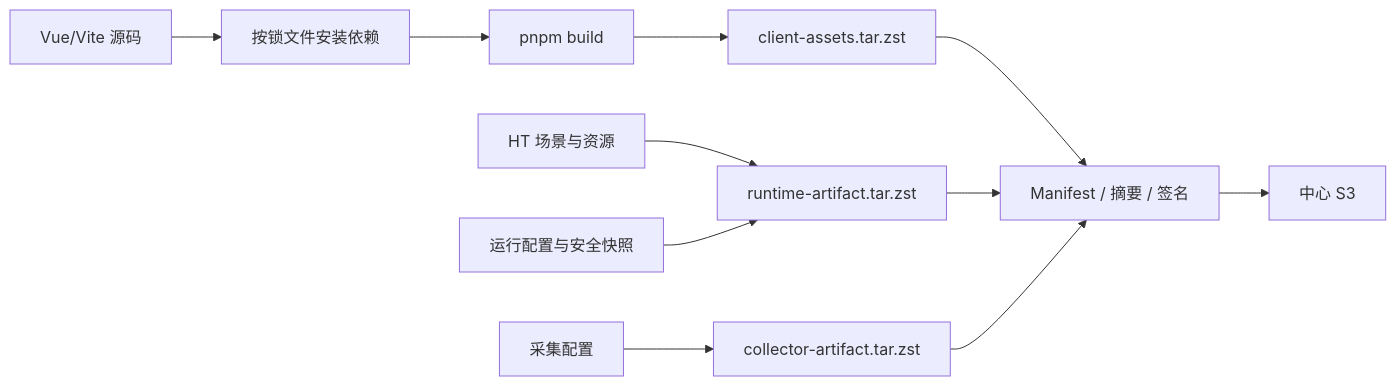
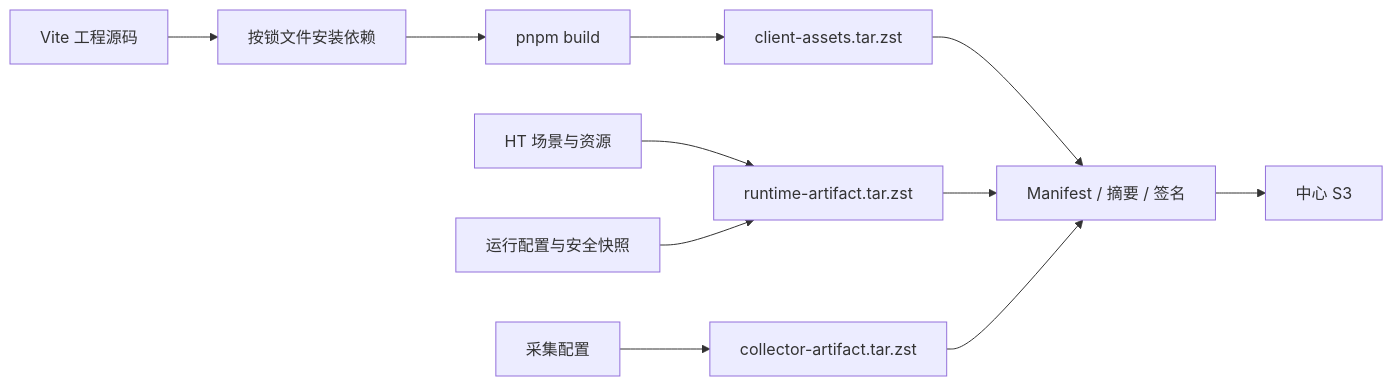
The first of 3 diagrams in docs/02-系统设计/工程发布与资源分发架构.md (hsworld-top/InduForge), drawn with Mermaid before and after one commit. The commit also changed other lines of this file and 505 other files, not shown here.

````diff
--- a/docs/02-系统设计/工程发布与资源分发架构.md
+++ b/docs/02-系统设计/工程发布与资源分发架构.md
@@ -37,13 +37,13 @@
 ```mermaid
 graph LR
-    Source["Vue/Vite 源码"] --> Install["按锁文件安装依赖"]
+    Source["Vite 工程源码"] --> Install["按锁文件安装依赖"]
     Install --> Frontend["pnpm build"]
     Frontend --> Client["client-assets.tar.zst"]
     Scene["HT 场景与资源"] --> Runtime["runtime-artifact.tar.zst"]
     Data["运行配置与安全快照"] --> Runtime
     Collector["采集配置"] --> CollectorArtifact["collector-artifact.tar.zst"]
     Client --> Manifest["Manifest / 摘要 / 签名"]
     Runtime --> Manifest
     CollectorArtifact --> Manifest
     Manifest --> S3["中心 S3"]
 ```
````
